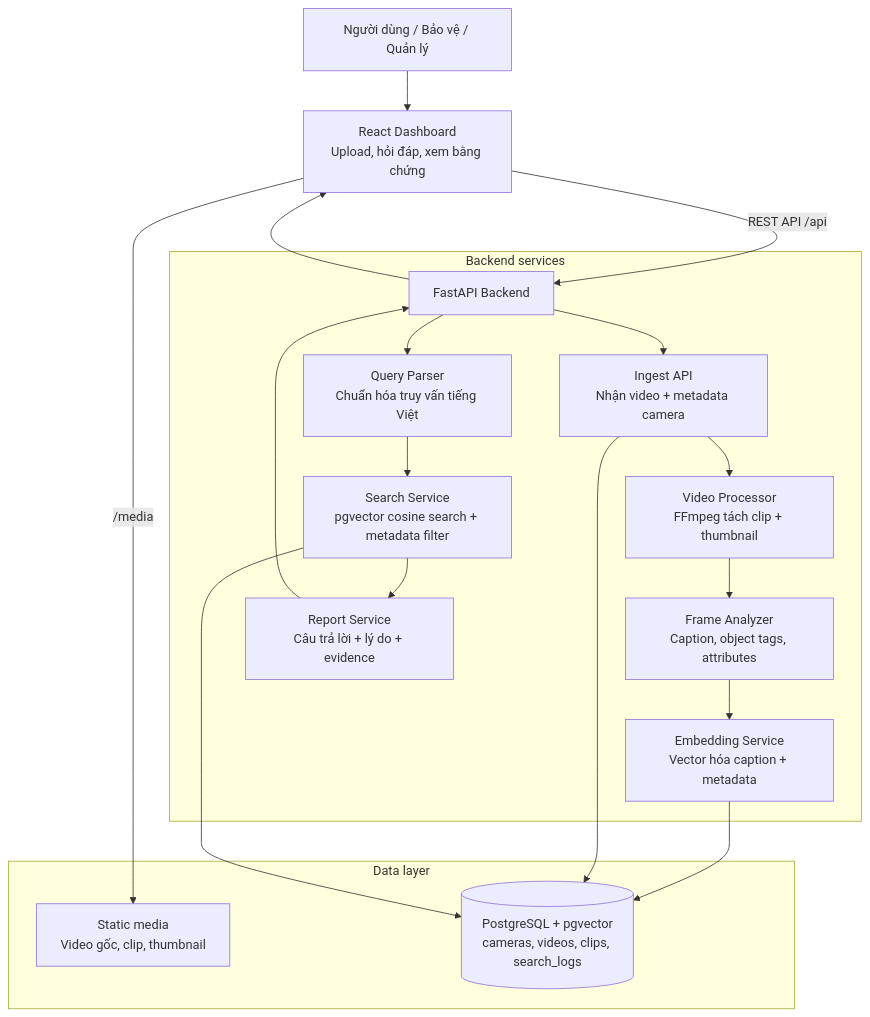
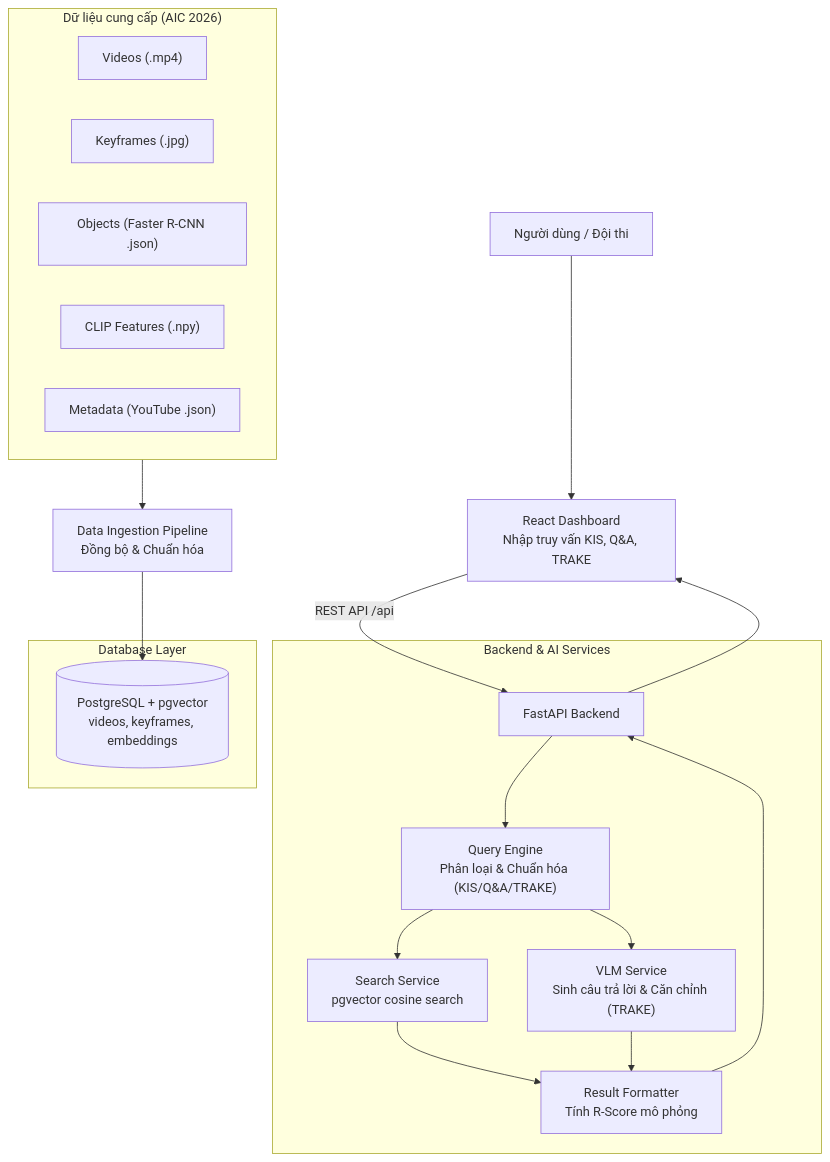
One commit to thangak18/Camera-AI changed the first of 2 diagrams in README.md. Above: the diagram before and after it, drawn with Mermaid. The commit also changed other lines of this file and 2 other files, not shown here.

````diff
--- a/README.md
+++ b/README.md
@@ -14,27 +31,31 @@
 ```mermaid
 flowchart TB
-    U["Người dùng / Bảo vệ / Quản lý"] --> W["React Dashboard<br/>Upload, hỏi đáp, xem bằng chứng"]
+    U["Người dùng / Đội thi"] --> W["React Dashboard<br/>Nhập truy vấn KIS, Q&A, TRAKE"]
     W -->|REST API /api| A["FastAPI Backend"]
-    W -->|/media| M["Static media<br/>Video gốc, clip, thumbnail"]
 
-    subgraph Backend["Backend services"]
-        A --> I["Ingest API<br/>Nhận video + metadata camera"]
-        I --> P["Video Processor<br/>FFmpeg tách clip + thumbnail"]
-        P --> FA["Frame Analyzer<br/>Caption, object tags, attributes"]
-        FA --> E["Embedding Service<br/>Vector hóa caption + metadata"]
-        A --> Q["Query Parser<br/>Chuẩn hóa truy vấn tiếng Việt"]
-        Q --> S["Search Service<br/>pgvector cosine search + metadata filter"]
-        S --> R["Report Service<br/>Câu trả lời + lý do + evidence"]
+    subgraph Data_Ingestion["Dữ liệu cung cấp (AIC 2026)"]
+        V["Videos (.mp4)"]
+        K["Keyframes (.jpg)"]
+        O["Objects (Faster R-CNN .json)"]
+        C["CLIP Features (.npy)"]
+        M["Metadata (YouTube .json)"]
     end
 
-    subgraph Data["Data layer"]
-        DB[("PostgreSQL + pgvector<br/>cameras, videos, clips, search_logs")]
-        M
+    Data_Ingestion --> I["Data Ingestion Pipeline<br/>Đồng bộ & Chuẩn hóa"]
+    I --> DB
+    
+    subgraph Backend["Backend & AI Services"]
+        A --> Q["Query Engine<br/>Phân loại & Chuẩn hóa (KIS/Q&A/TRAKE)"]
+        Q --> S["Search Service<br/>pgvector cosine search"]
+        Q --> VLM["VLM Service<br/>Sinh câu trả lời & Căn chỉnh (TRAKE)"]
+        S --> R["Result Formatter<br/>Tính R-Score mô phỏng"]
+        VLM --> R
     end
 
-    E --> DB
-    I --> DB
-    S --> DB
+    subgraph Data["Database Layer"]
+        DB[("PostgreSQL + pgvector<br/>videos, keyframes, embeddings")]
+    end
+
     R --> A
     A --> W
 ```
````
